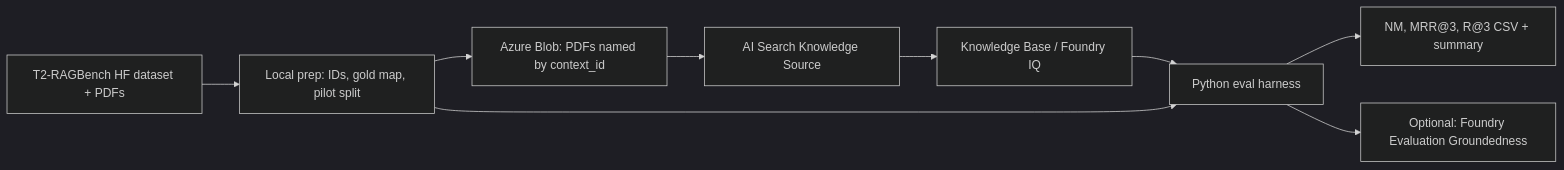
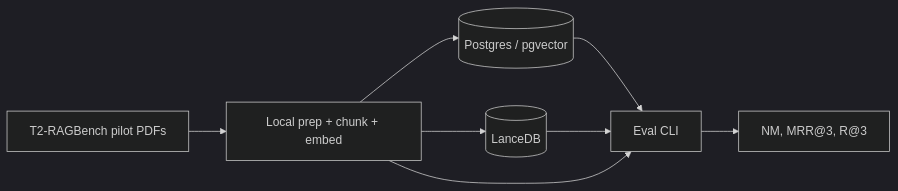
Before and after one commit to skravimail/FOUNDRY_RAG: the first of 2 diagrams in docs/plans/2026-07-24-foundryiq-t2-ragbench-eval.md, drawn with Mermaid (dark theme). The commit also changed other lines of this file and 19 other files, not shown here.

First line of the commit message:
Add Azure AI Search backend for T2-RAGBench hybrid retrieval.

````diff
--- a/docs/plans/2026-07-24-foundryiq-t2-ragbench-eval.md
+++ b/docs/plans/2026-07-24-foundryiq-t2-ragbench-eval.md
@@ -19,11 +31,10 @@
 ```mermaid
 flowchart LR
-  HF[T2-RAGBench HF dataset + PDFs] --> Prep[Local prep: IDs, gold map, pilot split]
-  Prep --> Blob[Azure Blob: PDFs named by context_id]
-  Blob --> KS[AI Search Knowledge Source]
-  KS --> KB[Knowledge Base / Foundry IQ]
-  KB --> Harness[Python eval harness]
+  HF[T2-RAGBench pilot PDFs] --> Prep[Local prep + chunk + embed]
+  Prep --> PG[(Postgres / pgvector)]
+  Prep --> Lance[(LanceDB)]
+  PG --> Harness[Eval CLI]
+  Lance --> Harness
   Prep --> Harness
-  Harness --> Metrics[NM, MRR@3, R@3 CSV + summary]
-  Harness --> Optional[Optional: Foundry Evaluation Groundedness]
+  Harness --> Metrics[NM, MRR@3, R@3]
 ```
````
